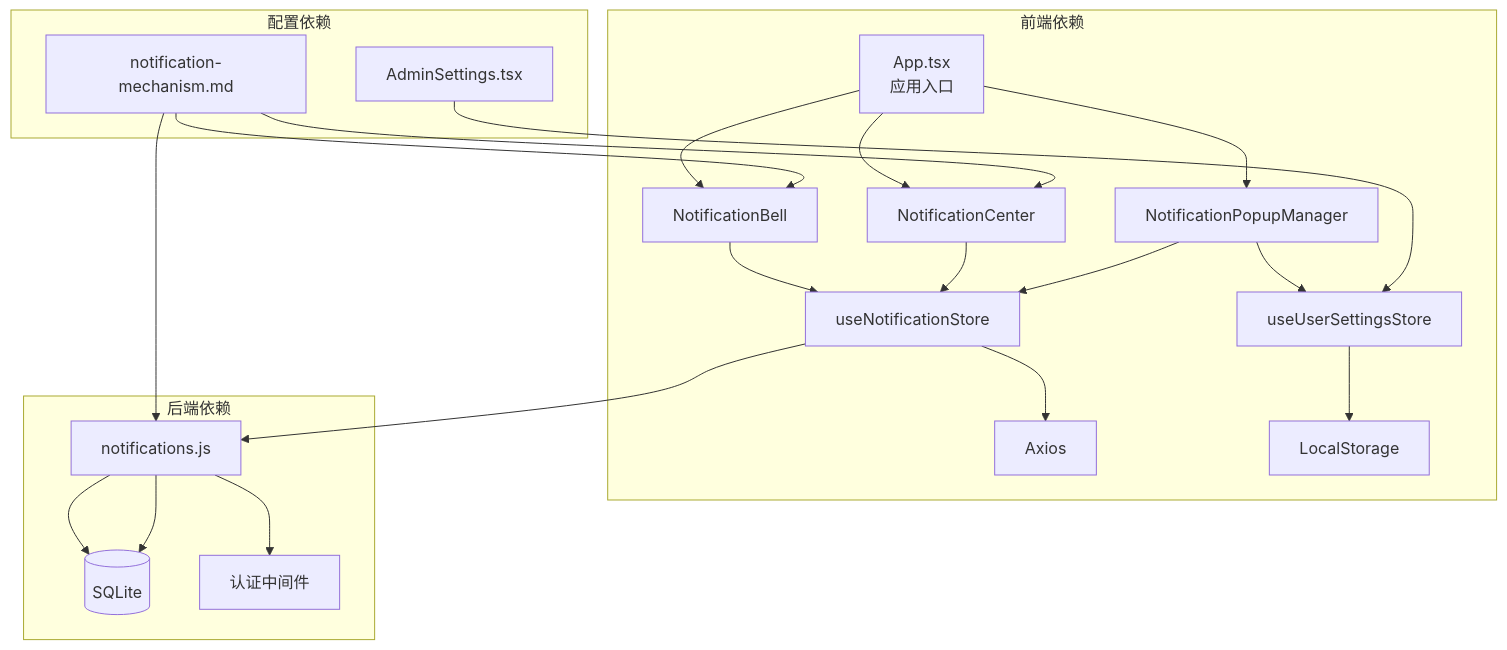
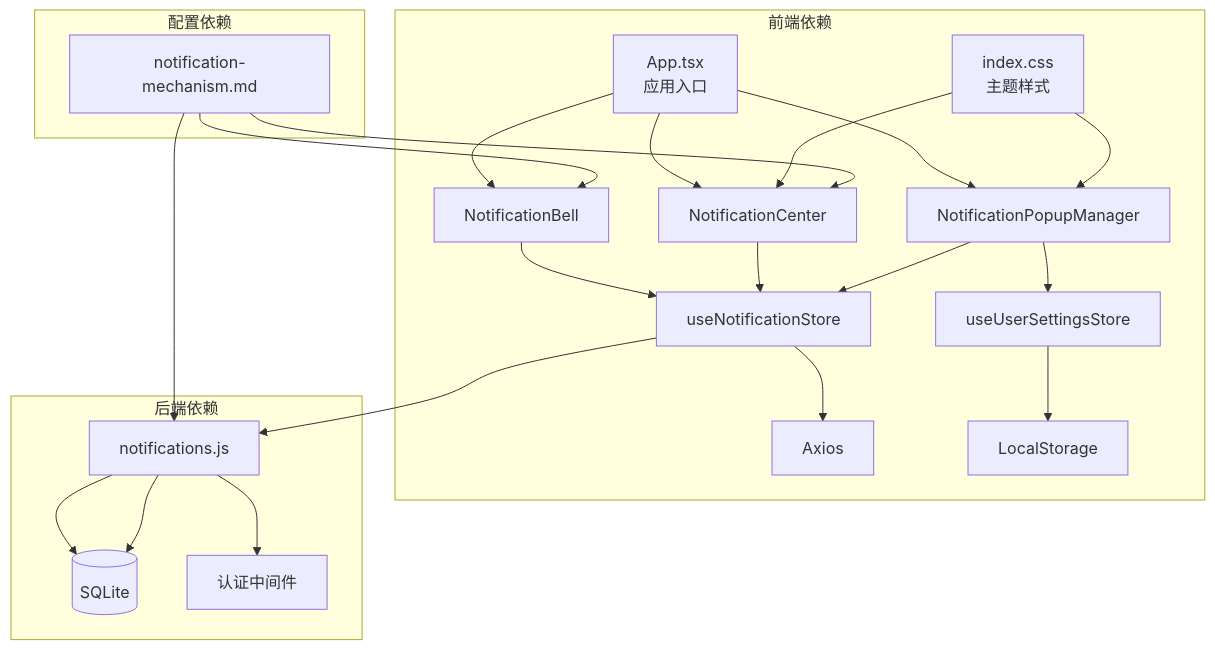
Before and after one commit to CubeEdge/Longhorn: the seventh of 7 diagrams in .qoder/repowiki/zh/content/Notification Mechanism.md, drawn with Mermaid. The commit also changed other lines of this file and 118 other files, not shown here.

````diff
--- a/.qoder/repowiki/zh/content/Notification Mechanism.md
+++ b/.qoder/repowiki/zh/content/Notification Mechanism.md
@@ -296,26 +334,27 @@
 ```mermaid
 graph TD
 subgraph "前端依赖"
 App[App.tsx<br/>应用入口] --> NB[NotificationBell]
 App --> NC[NotificationCenter]
 App --> NPM[NotificationPopupManager]
 NB --> NS[useNotificationStore]
 NC --> NS
 NPM --> NS
 NPM --> US[useUserSettingsStore]
 NS --> AX[Axios]
 US --> LS[LocalStorage]
+CSS[index.css<br/>主题样式] --> NC
+CSS --> NPM
 end
 subgraph "后端依赖"
 NR[notifications.js] --> DB[(SQLite)]
 NR --> AUTH[认证中间件]
 end
 subgraph "配置依赖"
-AS[AdminSettings.tsx] --> US
 DM[notification-mechanism.md] --> NB
 DM --> NC
 DM --> NR
 end
 NS --> NR
 NR --> DB
 ```
````
